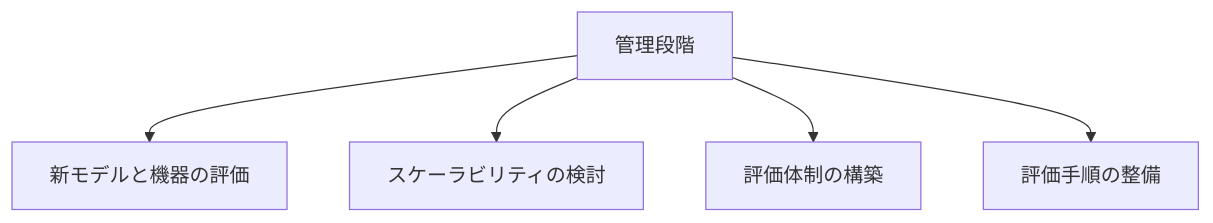
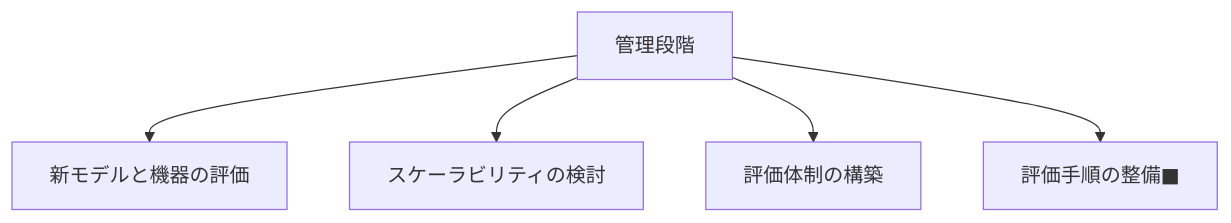
One commit to SparklingDetergent/doc_genai_Using_Generative_AI_with_Mac_Mini_-Introduction- changed the ninth of 10 diagrams in README.md. Above: the diagram before and after it, drawn with Mermaid. The commit also changed other lines of this file, not shown here.

````diff
--- a/README.md
+++ b/README.md
@@ -134,7 +127,7 @@
 ```mermaid
 graph TD
     A[管理段階] --> B[新モデルと機器の評価]
     A --> C[スケーラビリティの検討]
     A --> D[評価体制の構築]
-    A --> E[評価手順の整備]
+    A --> E[評価手順の整備■]
 ```
````
